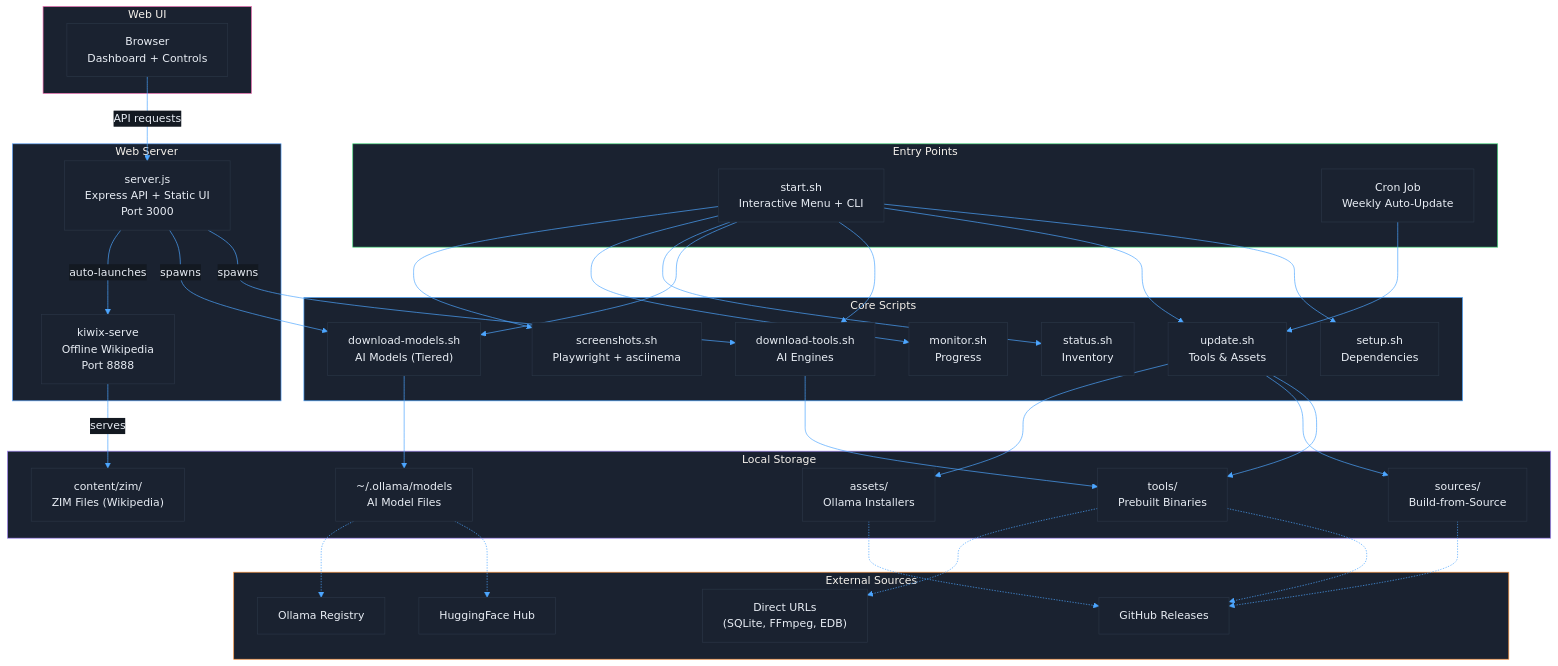
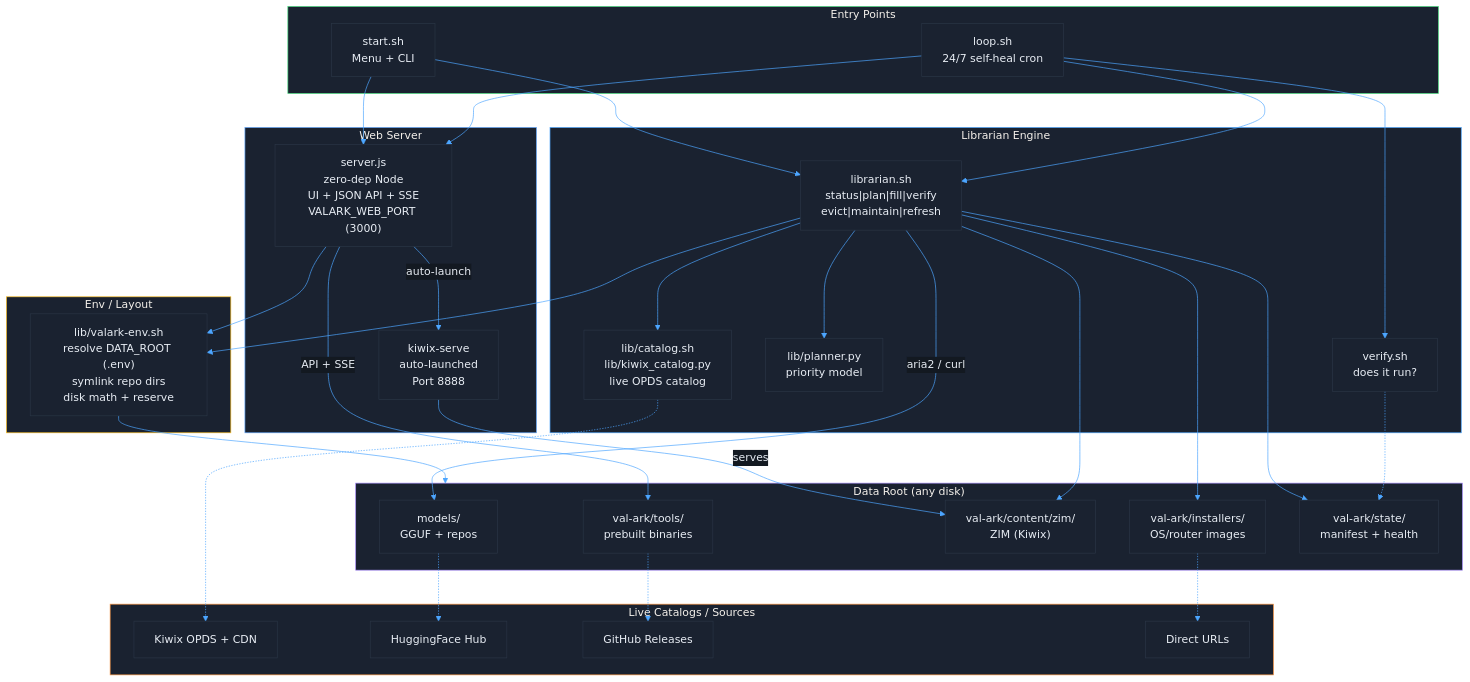
The first of 6 diagrams in docs/ARCHITECTURE.md (mvalancy/val-ark), drawn with Mermaid before and after one commit. The commit also changed other lines of this file and 13 other files, not shown here.

````diff
--- a/docs/ARCHITECTURE.md
+++ b/docs/ARCHITECTURE.md
@@ -16,74 +22,69 @@
 graph TB
     subgraph Entry["Entry Points"]
         style Entry fill:#1a2230,stroke:#4ade80
-        START["start.sh<br/>Interactive Menu + CLI"]
-        CRON["Cron Job<br/>Weekly Auto-Update"]
+        START["start.sh<br/>Menu + CLI"]
+        LOOP["loop.sh<br/>24/7 self-heal cron"]
     end
 
     subgraph WebServer["Web Server"]
         style WebServer fill:#1a2230,stroke:#60a5fa
-        SERVER["server.js<br/>Express API + Static UI<br/>Port 3000"]
-        KIWIX["kiwix-serve<br/>Offline Wikipedia<br/>Port 8888"]
+        SERVER["server.js<br/>zero-dep Node<br/>UI + JSON API + SSE<br/>VALARK_WEB_PORT (3000)"]
+        KIWIX["kiwix-serve<br/>auto-launched<br/>Port 8888"]
     end
 
-    subgraph Scripts["Core Scripts"]
-        style Scripts fill:#1a2230,stroke:#4da6ff
-        SETUP["setup.sh<br/>Dependencies"]
-        UPDATE["update.sh<br/>Tools & Assets"]
-        DOWNLOAD_T["download-tools.sh<br/>AI Engines"]
-        DOWNLOAD_M["download-models.sh<br/>AI Models (Tiered)"]
-        STATUS["status.sh<br/>Inventory"]
-        MONITOR["monitor.sh<br/>Progress"]
-        SCREENSHOTS["screenshots.sh<br/>Playwright + asciinema"]
+    subgraph Engine["Librarian Engine"]
+        style Engine fill:#1a2230,stroke:#4da6ff
+        LIB["librarian.sh<br/>status|plan|fill|verify<br/>evict|maintain|refresh"]
+        CAT["lib/catalog.sh<br/>lib/kiwix_catalog.py<br/>live OPDS catalog"]
+        PLAN["lib/planner.py<br/>priority model"]
+        VERIFY["verify.sh<br/>does it run?"]
     end
 
-    subgraph Storage["Local Storage"]
-        style Storage fill:#1a2230,stroke:#a78bfa
-        TOOLS["tools/<br/>Prebuilt Binaries"]
-        SOURCES["sources/<br/>Build-from-Source"]
-        ASSETS["assets/<br/>Ollama Installers"]
-        MODELS["~/.ollama/models<br/>AI Model Files"]
-        CONTENT["content/zim/<br/>ZIM Files (Wikipedia)"]
+    subgraph EnvLayer["Env / Layout"]
+        style EnvLayer fill:#1a2230,stroke:#fbbf24
+        ENV["lib/valark-env.sh<br/>resolve DATA_ROOT (.env)<br/>symlink repo dirs<br/>disk math + reserve"]
     end
 
-    subgraph External["External Sources"]
-        style External fill:#1a2230,stroke:#fb923c
-        GITHUB["GitHub Releases"]
-        HF["HuggingFace Hub"]
-        OLLAMA_REG["Ollama Registry"]
-        DIRECT["Direct URLs<br/>(SQLite, FFmpeg, EDB)"]
+    subgraph Storage["Data Root (any disk)"]
+        style Storage fill:#1a2230,stroke:#a78bfa
+        MODELS["models/<br/>GGUF + repos"]
+        TOOLS["val-ark/tools/<br/>prebuilt binaries"]
+        CONTENT["val-ark/content/zim/<br/>ZIM (Kiwix)"]
+        INSTALLERS["val-ark/installers/<br/>OS/router images"]
+        STATE["val-ark/state/<br/>manifest + health"]
     end
 
-    subgraph Client["Web UI"]
-        style Client fill:#1a2230,stroke:#f472b6
-        BROWSER["Browser<br/>Dashboard + Controls"]
+    subgraph External["Live Catalogs / Sources"]
+        style External fill:#1a2230,stroke:#fb923c
+        KIWIXCDN["Kiwix OPDS + CDN"]
+        HF["HuggingFace Hub"]
+        GITHUB["GitHub Releases"]
+        DIRECT["Direct URLs"]
     end
 
-    BROWSER -->|"API requests"| SERVER
-    SERVER -->|"spawns"| DOWNLOAD_T
-    SERVER -->|"spawns"| DOWNLOAD_M
-    SERVER -->|"auto-launches"| KIWIX
-    KIWIX -->|"serves"| CONTENT
+    START --> LIB
+    START --> SERVER
+    LOOP --> LIB
+    LOOP --> VERIFY
+    LOOP --> SERVER
 
-    START --> SETUP
-    START --> UPDATE
-    START --> DOWNLOAD_T
-    START --> DOWNLOAD_M
-    START --> STATUS
-    START --> MONITOR
-    START --> SCREENSHOTS
-    CRON --> UPDATE
+    SERVER --> ENV
+    LIB --> ENV
+    LIB --> CAT
+    LIB --> PLAN
+    CAT -.-> KIWIXCDN
+    ENV --> Storage
 
-    UPDATE --> TOOLS
-    UPDATE --> SOURCES
-    UPDATE --> ASSETS
-    DOWNLOAD_T --> TOOLS
-    DOWNLOAD_M --> MODELS
+    SERVER -->|API + SSE| TOOLS
+    SERVER -->|auto-launch| KIWIX
+    KIWIX -->|serves| CONTENT
 
+    LIB -->|aria2 / curl| MODELS
+    LIB --> CONTENT
+    LIB --> INSTALLERS
+    LIB --> STATE
+    MODELS -.-> HF
     TOOLS -.-> GITHUB
-    TOOLS -.-> DIRECT
-    SOURCES -.-> GITHUB
-    ASSETS -.-> GITHUB
-    MODELS -.-> HF
-    MODELS -.-> OLLAMA_REG
+    INSTALLERS -.-> DIRECT
+    VERIFY -.-> STATE
 ```
````
